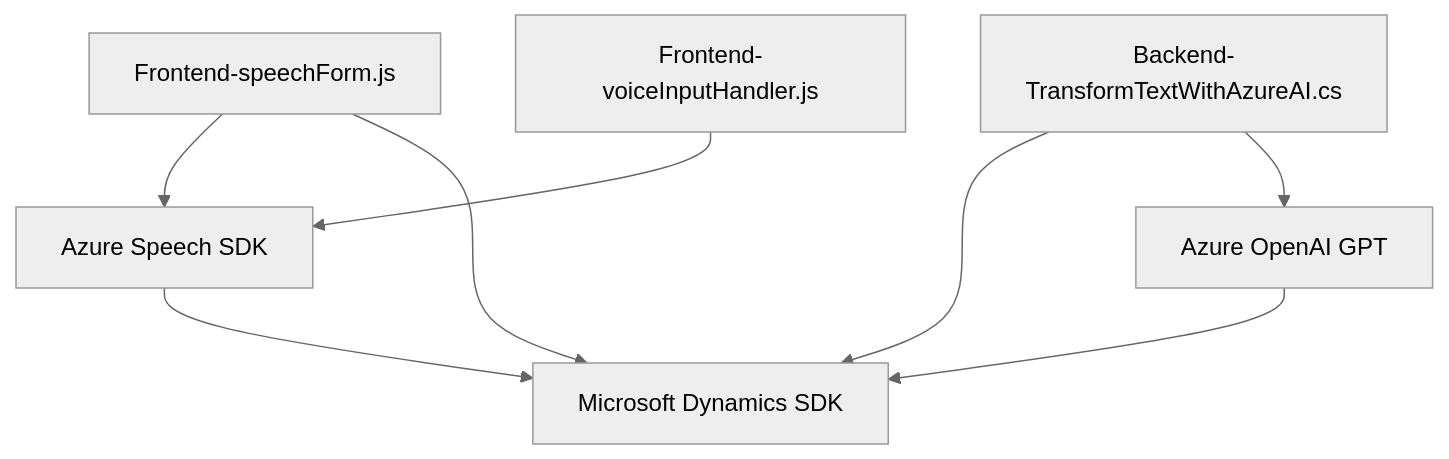
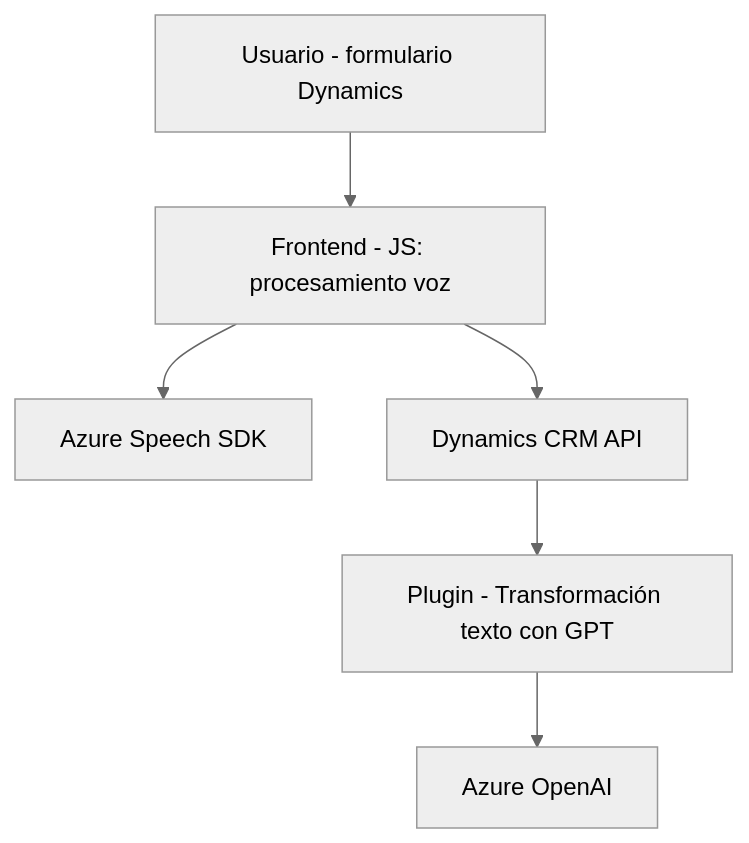
Before and after one commit to blopezdm/NETCORE_BILBAO2025: the diagram in README.md, drawn with Mermaid (neutral theme). The commit also changed other lines of this file, not shown here.

Commit message:
Actualizar análisis global de la solución con IA

````diff
--- a/README.md
+++ b/README.md
@@ -33,17 +37,15 @@
 ```mermaid
 graph TD
-    A["Frontend-voiceInputHandler.js"]
-    B["Frontend-speechForm.js"]
-    C["Backend-TransformTextWithAzureAI.cs"]
-    D["Azure Speech SDK"]
-    E["Azure OpenAI GPT"]
-    F["Microsoft Dynamics SDK"]
+    A["Usuario - formulario Dynamics"]
+    B["Frontend - JS: procesamiento voz"]
+    C["Azure Speech SDK"]
+    D["Dynamics CRM API"]
+    E["Plugin - Transformación texto con GPT"]
+    F["Azure OpenAI"]
 
-    A --> D
+    A --> B
+    B --> C
     B --> D
-    B --> F
-    C --> F
-    C --> E
-    D --> F
+    D --> E
     E --> F
 ```
````
